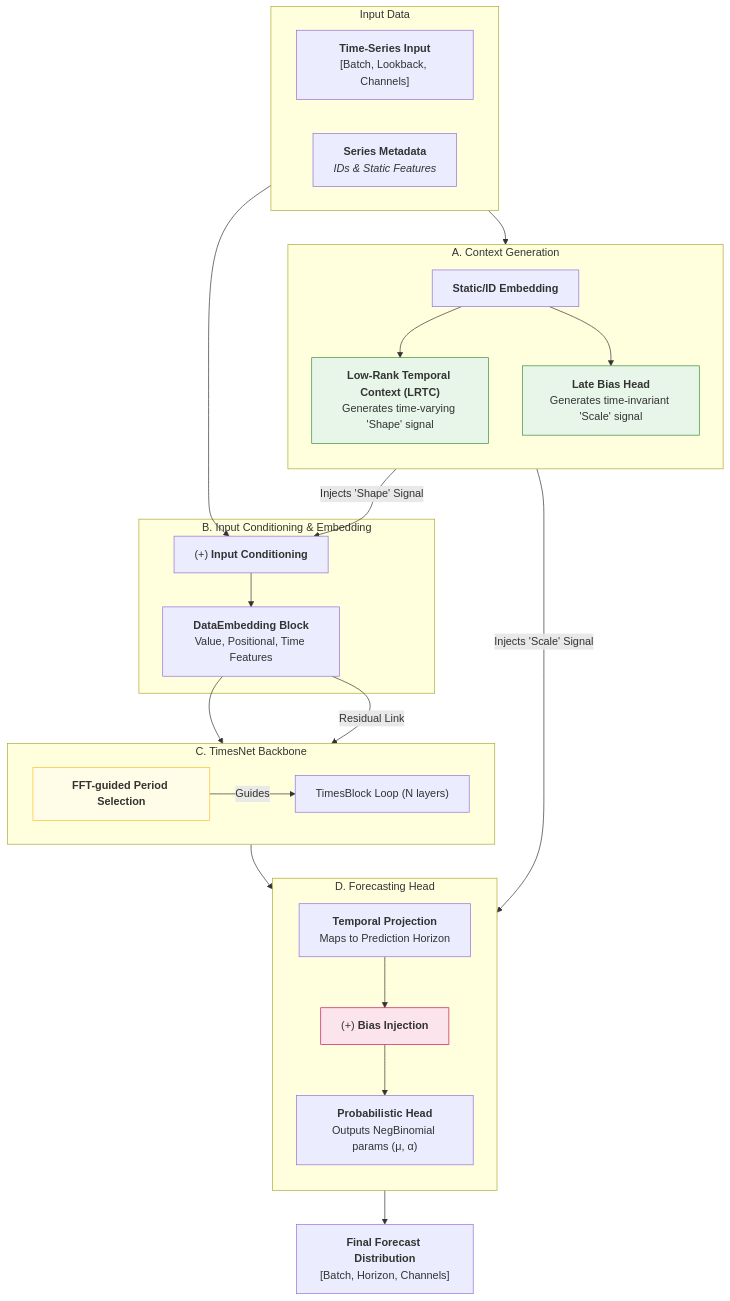
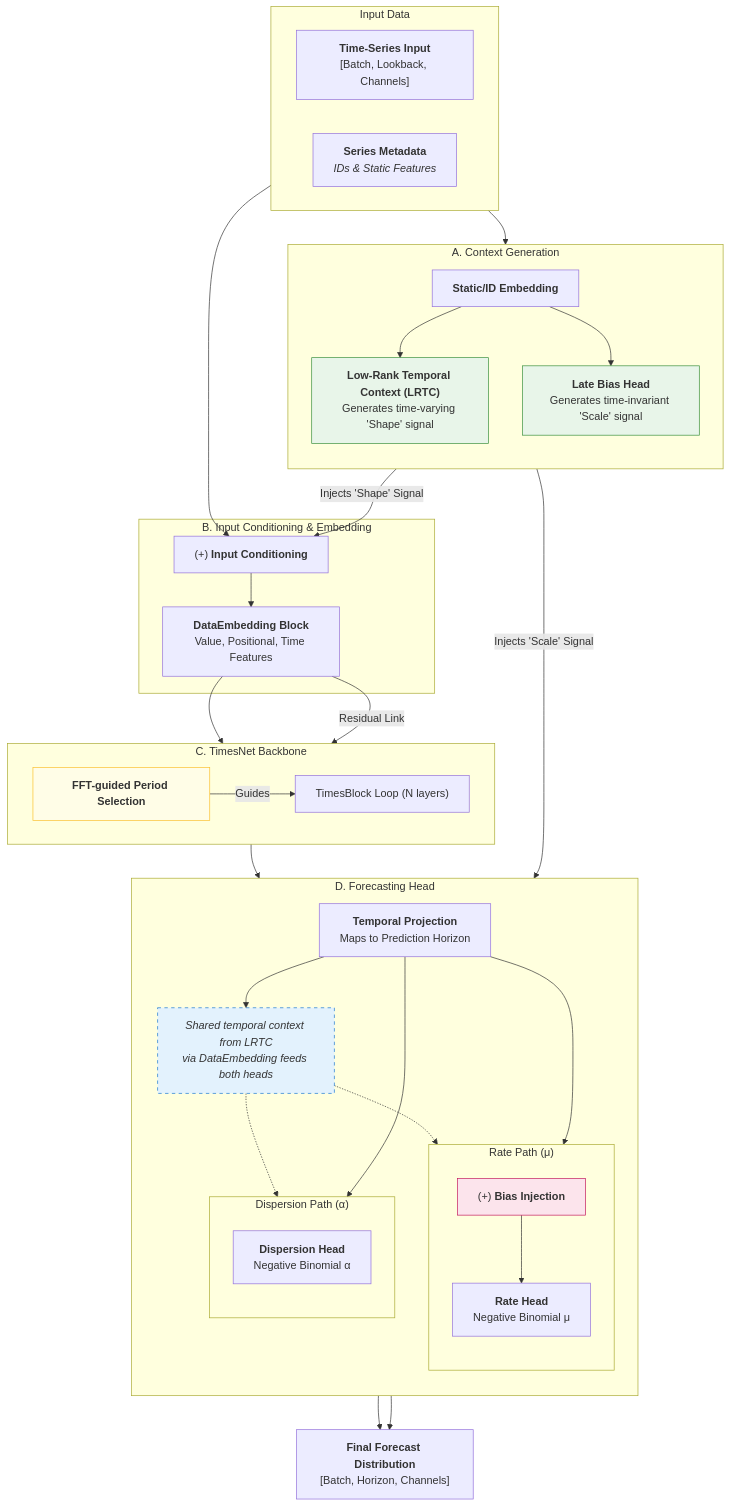
Before and after one commit to ShinDongWoon/Flow-TimesNet: the second of 2 diagrams in README.md, drawn with Mermaid.

````diff
--- a/README.md
+++ b/README.md
@@ -261,65 +261,81 @@
 ```mermaid
 flowchart TD
     %% --- 1. Input Layer ---
     subgraph "Input Data"
         direction LR
         X["<b>Time-Series Input</b><br>[Batch, Lookback, Channels]"]
         Meta["<b>Series Metadata</b><br><i>IDs & Static Features</i>"]
     end
 
     %% --- 2. Context Generation (from Metadata) ---
     subgraph "A. Context Generation"
         direction TB
         ContextEmbed["<b>Static/ID Embedding</b>"]
         LRTC["<b>Low-Rank Temporal Context (LRTC)</b><br>Generates time-varying 'Shape' signal"]
         LateBias["<b>Late Bias Head</b><br>Generates time-invariant 'Scale' signal"]
         
         Meta --> ContextEmbed
         ContextEmbed --> LRTC
         ContextEmbed --> LateBias
     end
 
     %% --- 3. Input Conditioning & Embedding ---
     subgraph "B. Input Conditioning & Embedding"
         ConditionedInput["(+) <b>Input Conditioning</b>"]
         DataEmbed["<b>DataEmbedding Block</b><br>Value, Positional, Time Features"]
         
         X --> ConditionedInput
         LRTC -- Injects 'Shape' Signal --> ConditionedInput
         ConditionedInput --> DataEmbed
     end
 
     %% --- 4. TimesNet Core Backbone ---
     subgraph "C. TimesNet Backbone"
         direction LR
         FFT["<b>FFT-guided Period Selection</b>"]
         Loop["TimesBlock Loop (N layers)"]
         
         DataEmbed --> FFT
         FFT -- Guides --> Loop
         DataEmbed -- Residual Link --> Loop
     end
 
     %% --- 5. Probabilistic Forecasting Head ---
     subgraph "D. Forecasting Head"
         direction TB
         Projection["<b>Temporal Projection</b><br>Maps to Prediction Horizon"]
-        BiasInjection["(+) <b>Bias Injection</b>"]
-        ProbHead["<b>Probabilistic Head</b><br>Outputs NegBinomial params (μ, α)"]
-        
+        ContextNote["<i>Shared temporal context from LRTC<br>via DataEmbedding feeds both heads</i>"]
+
+        subgraph "Rate Path (μ)"
+            direction TB
+            RateBias["(+) <b>Bias Injection</b>"]
+            RateHead["<b>Rate Head</b><br>Negative Binomial μ"]
+        end
+
+        subgraph "Dispersion Path (α)"
+            direction TB
+            DispersionHead["<b>Dispersion Head</b><br>Negative Binomial α"]
+        end
+
         Loop --> Projection
-        Projection --> BiasInjection
-        LateBias -- Injects 'Scale' Signal --> BiasInjection
-        BiasInjection --> ProbHead
+        Projection --> ContextNote
+        ContextNote -.-> RateBias
+        ContextNote -.-> DispersionHead
+        Projection --> RateBias
+        Projection --> DispersionHead
+        LateBias -- Injects 'Scale' Signal --> RateBias
+        RateBias --> RateHead
     end
 
     %% --- 6. Output ---
     Forecast["<b>Final Forecast Distribution</b><br>[Batch, Horizon, Channels]"]
-    ProbHead --> Forecast
+    RateHead --> Forecast
+    DispersionHead --> Forecast
 
     %% --- Styling for emphasis ---
     style LRTC fill:#e8f5e9,stroke:#388e3c
     style LateBias fill:#e8f5e9,stroke:#388e3c
     style FFT fill:#fffde7,stroke:#fbc02d
-    style BiasInjection fill:#fce4ec,stroke:#c2185b
+    style RateBias fill:#fce4ec,stroke:#c2185b
+    style ContextNote fill:#e3f2fd,stroke:#1976d2,stroke-dasharray: 5 5
 ```
````
